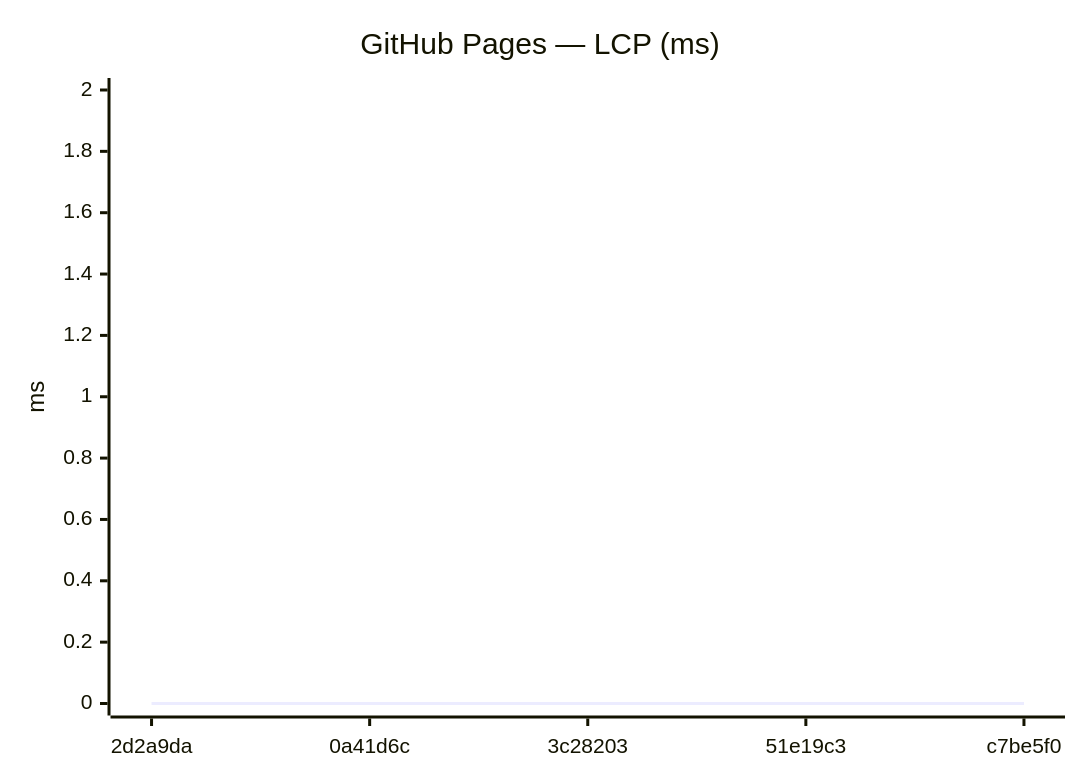
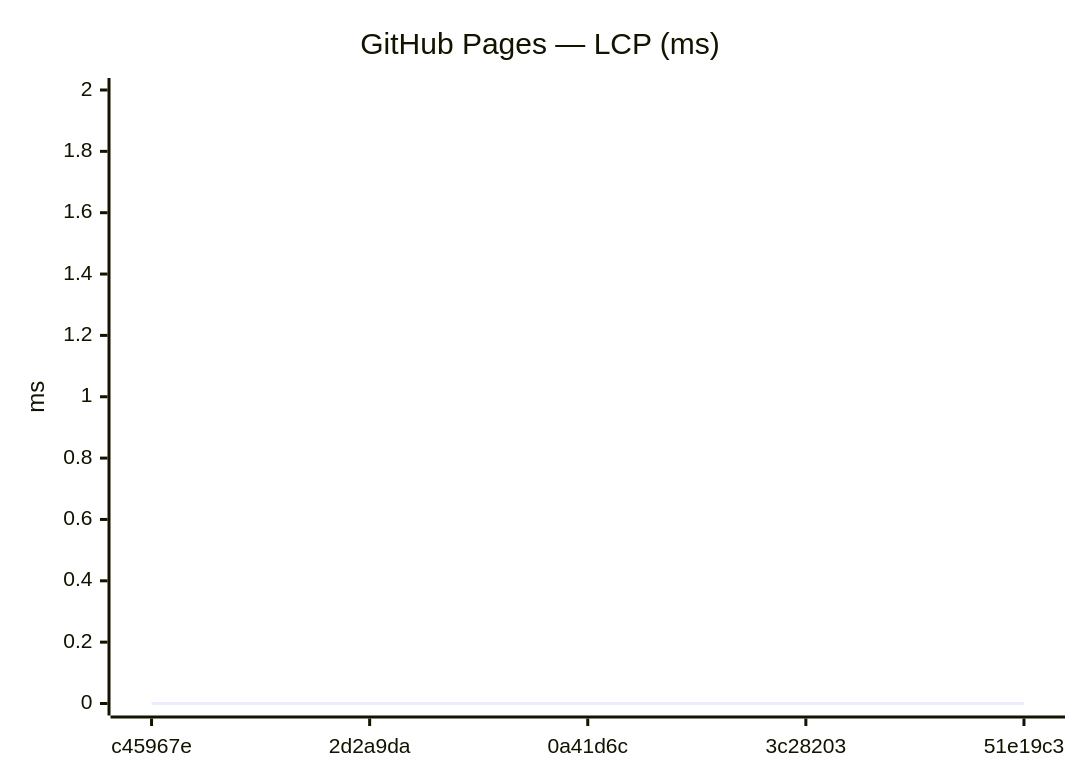
Before and after one commit to Metaheurist/Rianell: the ninth of 18 diagrams in benchmarks/compare.md, drawn with Mermaid. The commit also changed other lines of this file and 11 other files, not shown here.

````diff
--- a/benchmarks/compare.md
+++ b/benchmarks/compare.md
@@ -142,7 +142,7 @@
 ```mermaid
 xychart-beta
     title "GitHub Pages — LCP (ms)"
-    x-axis ["2d2a9da", "0a41d6c", "3c28203", "51e19c3", "c7be5f0"]
+    x-axis ["c45967e", "2d2a9da", "0a41d6c", "3c28203", "51e19c3"]
     y-axis "ms" 0 --> 2
     line [0, 0, 0, 0, 0]
 ```
````
